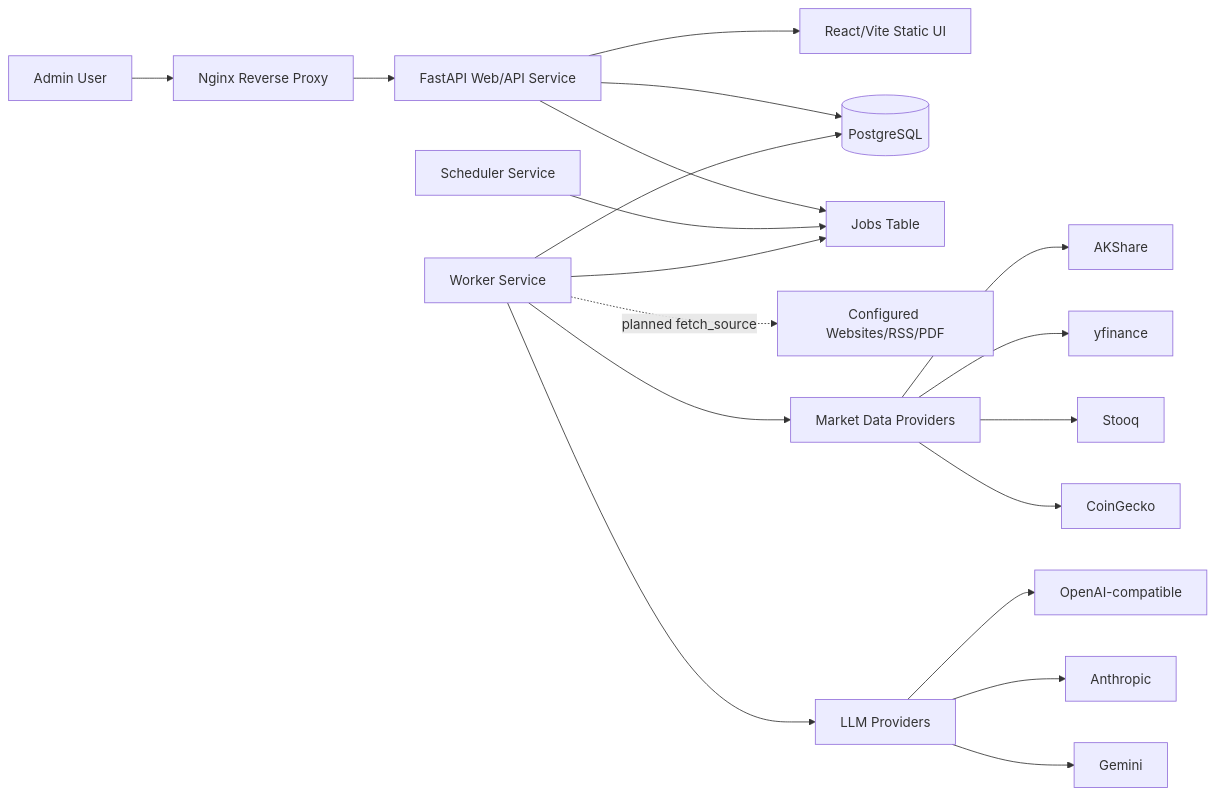
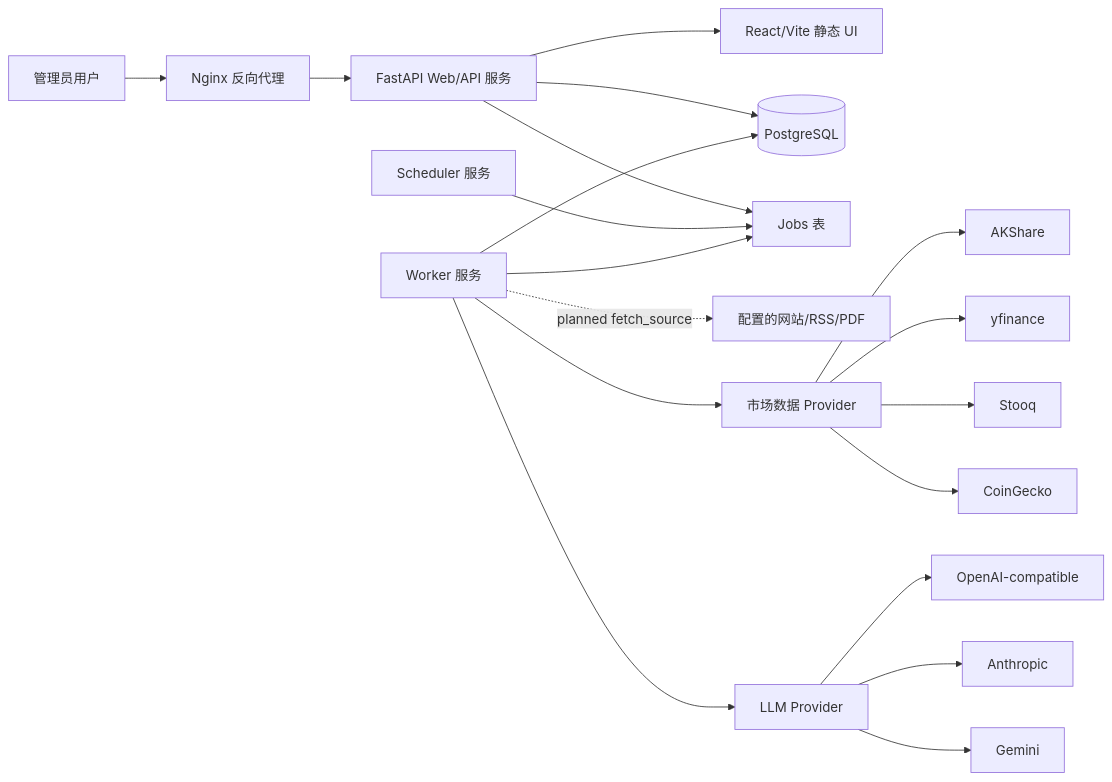
The first of 4 diagrams in docs/architecture.md (chachabu/asset-worldline-agent), drawn with Mermaid before and after one commit. The commit also changed other lines of this file and 5 other files, not shown here.

````diff
--- a/docs/architecture.md
+++ b/docs/architecture.md
@@ -28,25 +28,25 @@
 ```mermaid
 flowchart LR
-    User[Admin User] --> Nginx[Nginx Reverse Proxy]
-    Nginx --> Web[FastAPI Web/API Service]
-    Web --> Frontend[React/Vite Static UI]
+    User[管理员用户] --> Nginx[Nginx 反向代理]
+    Nginx --> Web[FastAPI Web/API 服务]
+    Web --> Frontend[React/Vite 静态 UI]
     Web --> DB[(PostgreSQL)]
-    Web --> Jobs[Jobs Table]
+    Web --> Jobs[Jobs 表]
 
-    Scheduler[Scheduler Service] --> Jobs
-    Worker[Worker Service] --> Jobs
+    Scheduler[Scheduler 服务] --> Jobs
+    Worker[Worker 服务] --> Jobs
     Worker --> DB
 
-    Worker -. planned fetch_source .-> Sources[Configured Websites/RSS/PDF]
-    Worker --> MarketData[Market Data Providers]
-    Worker --> LLMs[LLM Providers]
+    Worker -. planned fetch_source .-> Sources[配置的网站/RSS/PDF]
+    Worker --> MarketData[市场数据 Provider]
+    Worker --> LLMs[LLM Provider]
 
     MarketData --> AKShare[AKShare]
     MarketData --> YFinance[yfinance]
     MarketData --> Stooq[Stooq]
     MarketData --> CoinGecko[CoinGecko]
 
     LLMs --> OpenAI[OpenAI-compatible]
     LLMs --> Anthropic[Anthropic]
     LLMs --> Gemini[Gemini]
 ```
````
